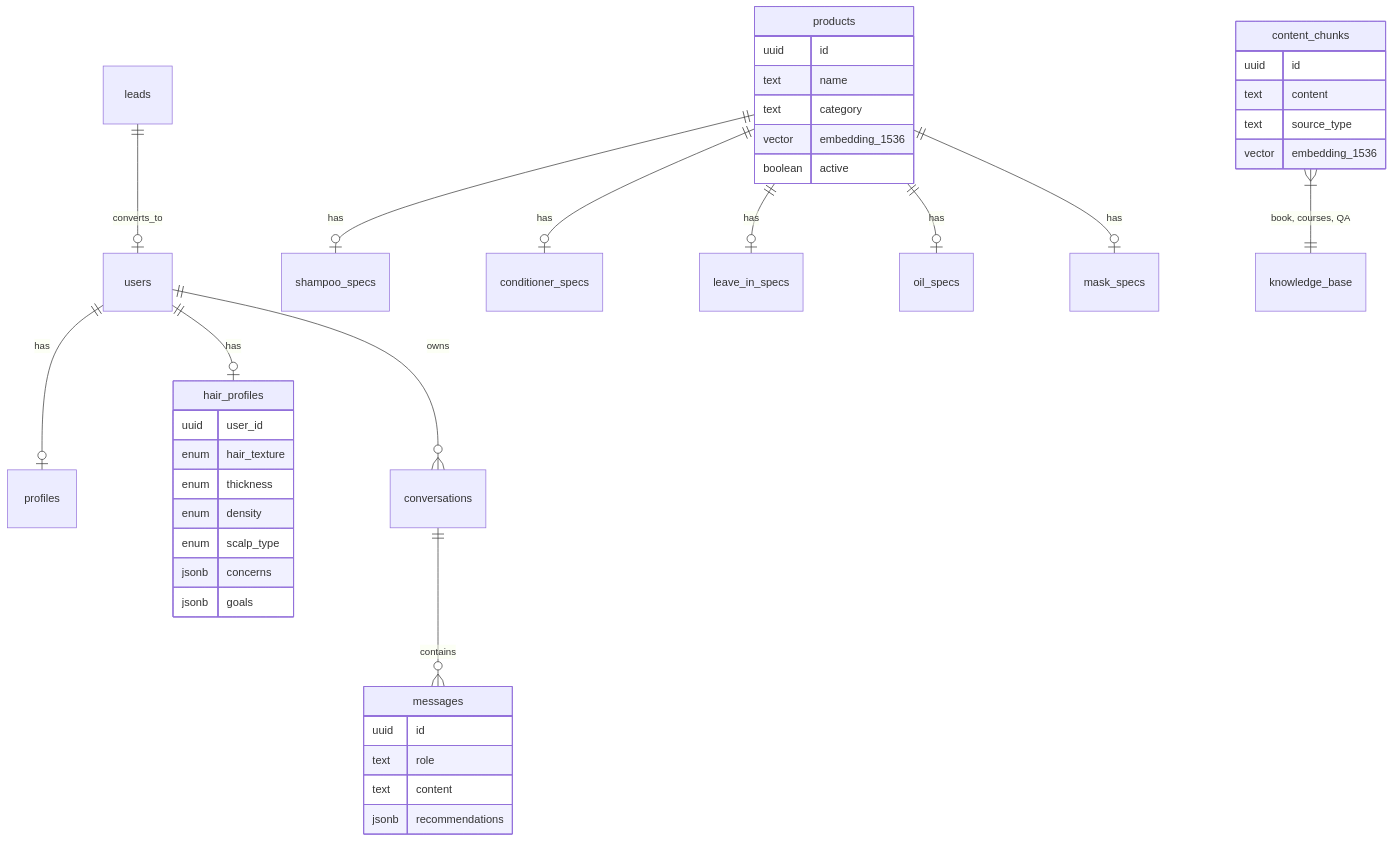
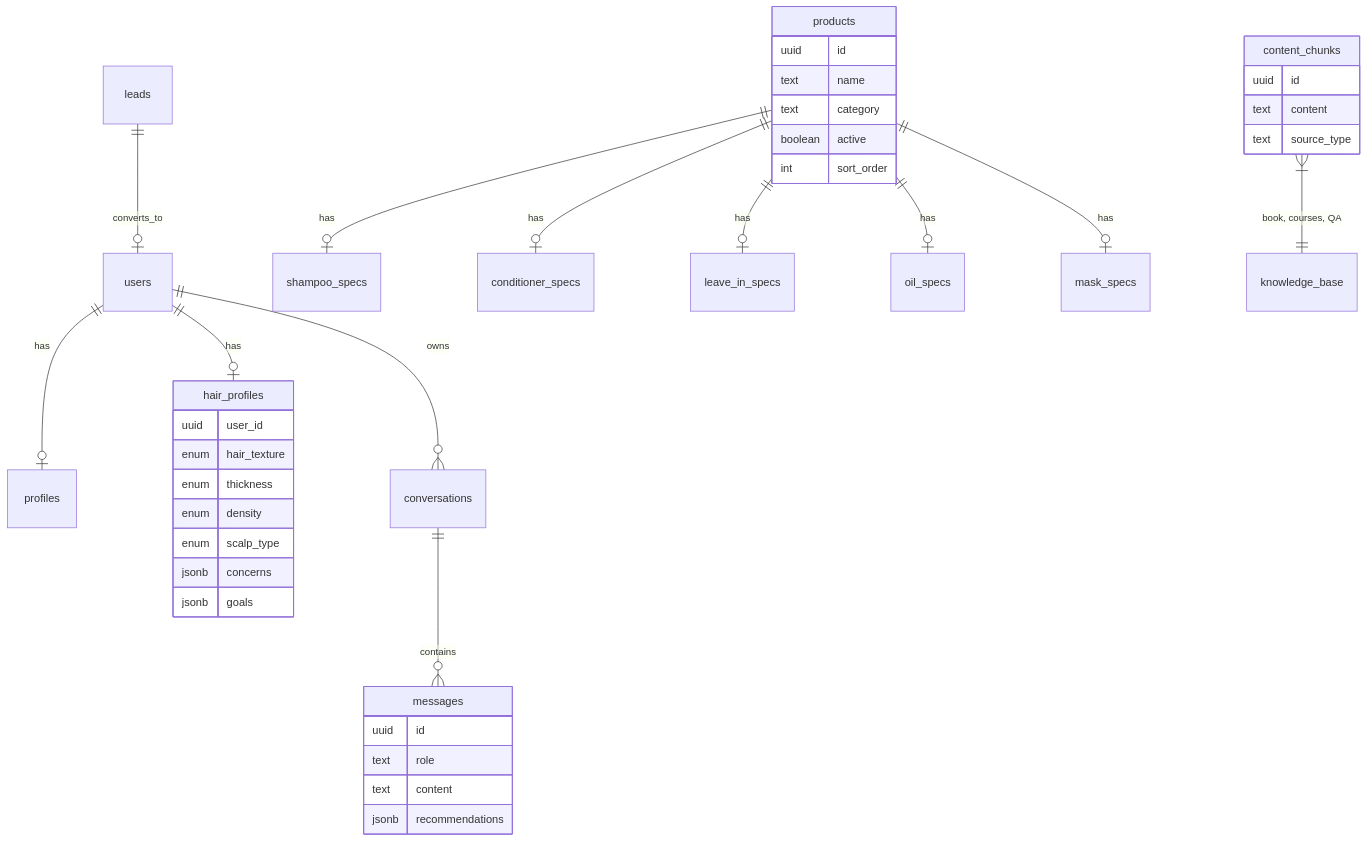
Before and after one commit to NickRuppy/hair_concierge: the fourth of 4 diagrams in OVERVIEW.md, drawn with Mermaid. The commit also changed other lines of this file and 13 other files, not shown here.

````diff
--- a/OVERVIEW.md
+++ b/OVERVIEW.md
@@ -189,48 +180,47 @@
 ```mermaid
 erDiagram
     users ||--o| profiles : has
     users ||--o| hair_profiles : has
     users ||--o{ conversations : owns
     conversations ||--o{ messages : contains
     leads ||--o| users : converts_to
 
     products ||--o| shampoo_specs : has
     products ||--o| conditioner_specs : has
     products ||--o| leave_in_specs : has
     products ||--o| oil_specs : has
     products ||--o| mask_specs : has
 
     content_chunks }|--|| knowledge_base : "book, courses, QA"
 
     hair_profiles {
         uuid user_id
         enum hair_texture
         enum thickness
         enum density
         enum scalp_type
         jsonb concerns
         jsonb goals
     }
 
     products {
         uuid id
         text name
         text category
-        vector embedding_1536
         boolean active
+        int sort_order
     }
 
     content_chunks {
         uuid id
         text content
         text source_type
-        vector embedding_1536
     }
 
     messages {
         uuid id
         text role
         text content
         jsonb recommendations
     }
 ```
````
